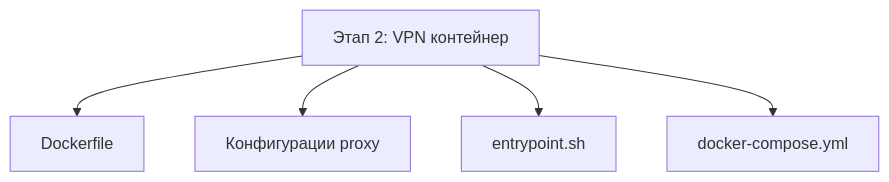
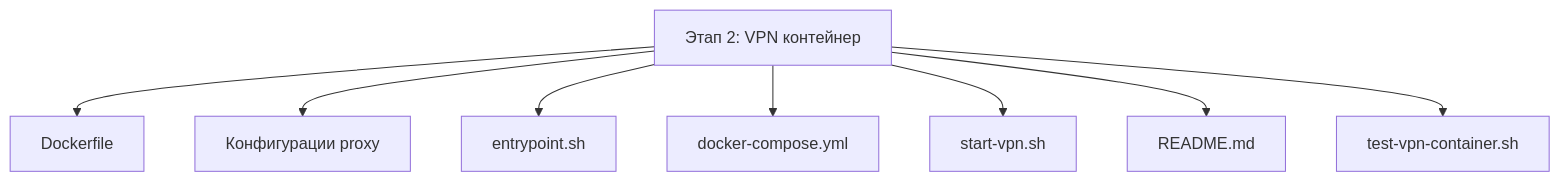
The second of 6 diagrams in docs/07-tasks.md (Lifelong-Learning-Assisttant/vpn-utils), drawn with Mermaid before and after one commit. The commit also changed other lines of this file and 22 other files, not shown here.

````diff
--- a/docs/07-tasks.md
+++ b/docs/07-tasks.md
@@ -53,7 +84,10 @@
 ```mermaid
 graph TB
     B[Этап 2: VPN контейнер] --> B1[Dockerfile]
     B --> B2[Конфигурации proxy]
     B --> B3[entrypoint.sh]
     B --> B4[docker-compose.yml]
+    B --> B5[start-vpn.sh]
+    B --> B6[README.md]
+    B --> B7[test-vpn-container.sh]
 ```
````
